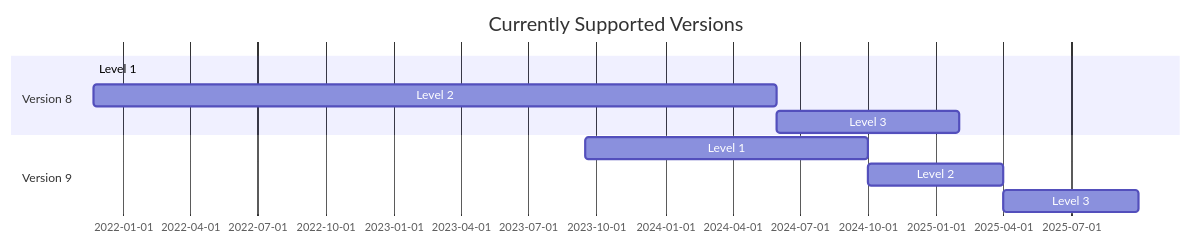
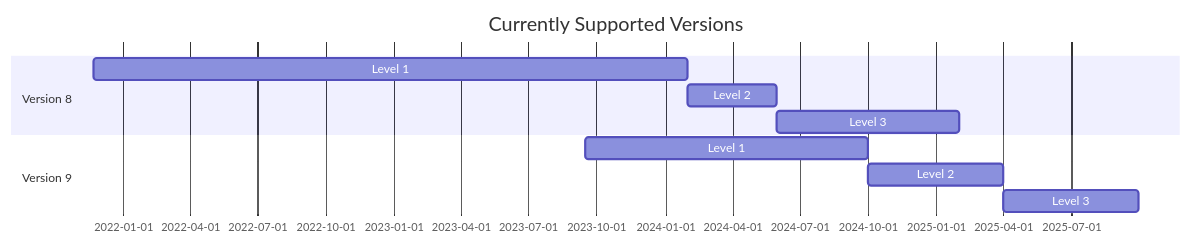
The diagram in README.md (Adyen/adyen-magento2), drawn with Mermaid before and after one commit.

````diff
--- a/README.md
+++ b/README.md
@@ -43,13 +43,13 @@
 ```mermaid
 gantt
     title Currently Supported Versions
     dateFormat  YYYY-MM-DD   
     section Version 8
-    Level 1   :l81, 2021-11-22, 2024-01-pending
+    Level 1   :l81, 2021-11-22, 2024-01-31
     Level 2   :l82, after l81, 2024-05-30
     Level 3   :l83, after l82, 2025-01-31
     section Version 9
     Level 1   :l91, 2023-09-15, 2024-09-30
     Level 2   :l92, after l91, 2025-03-31
     Level 3   :l93, after l92, 2025-09-30
 ```
````
